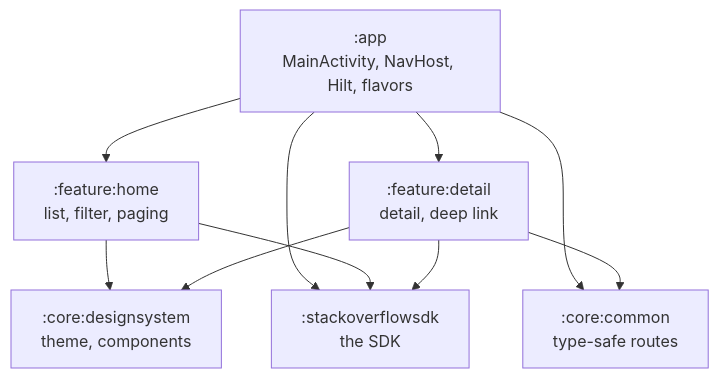
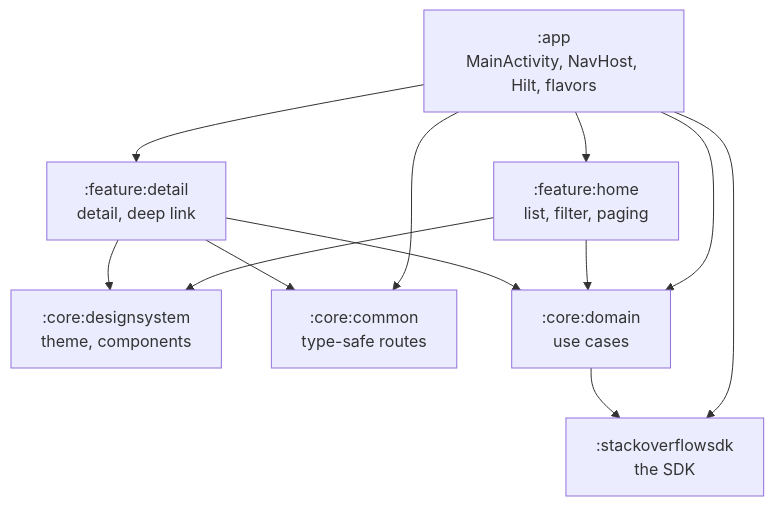
Before and after one commit to alexfin90/StackOverFlowAssignment: the diagram in docs/sample-app.md, drawn with Mermaid. The commit also changed other lines of this file and 18 other files, not shown here.

First line of the commit message:
refactor: add :core:domain with use cases that have logic, features depend on them

````diff
--- a/docs/sample-app.md
+++ b/docs/sample-app.md
@@ -18,19 +18,22 @@
 ```mermaid
 flowchart TD
     app[":app<br/>MainActivity, NavHost, Hilt, flavors"]
     home[":feature:home<br/>list, filter, paging"]
     detail[":feature:detail<br/>detail, deep link"]
     ds[":core:designsystem<br/>theme, components"]
     common[":core:common<br/>type-safe routes"]
+    domain[":core:domain<br/>use cases"]
     sdk[":stackoverflowsdk<br/>the SDK"]
 
     app --> home
     app --> detail
     app --> common
     app --> sdk
+    app --> domain
     home --> ds
-    home --> sdk
+    home --> domain
     detail --> ds
     detail --> common
-    detail --> sdk
+    detail --> domain
+    domain --> sdk
 ```
````
